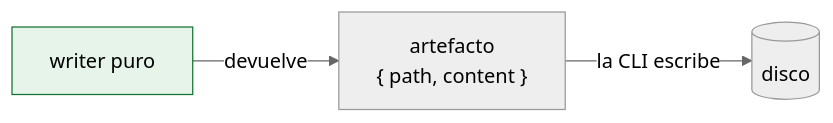
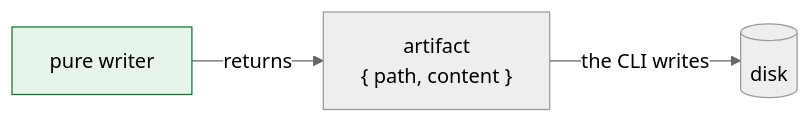
One commit to Kolimar/leina changed the fourth of 4 diagrams in docs/concepts/01-arquitectura.md. Above: the diagram before and after it, drawn with Mermaid (neutral theme). The commit also changed other lines of this file and 27 other files, not shown here.

````diff
--- a/docs/concepts/01-arquitectura.md
+++ b/docs/concepts/01-arquitectura.md
@@ -128,6 +152,6 @@
 ```mermaid
 flowchart LR
-    writer["writer puro"] -->|devuelve| artifact["artefacto<br/>{ path, content }"]
-    artifact -->|la CLI escribe| disk[("disco")]
+    writer["pure writer"] -->|returns| artifact["artifact<br/>{ path, content }"]
+    artifact -->|the CLI writes| disk[("disk")]
     style writer fill:#e6f4ea,stroke:#137333
 ```
````
